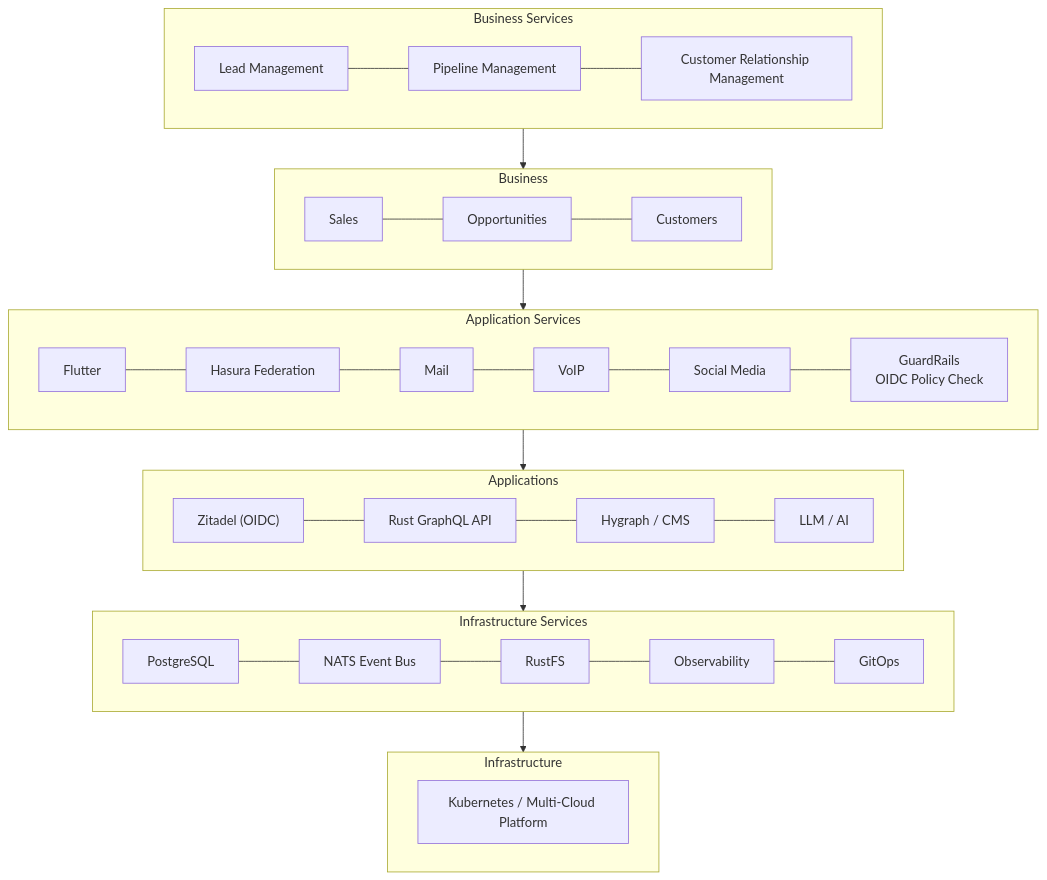
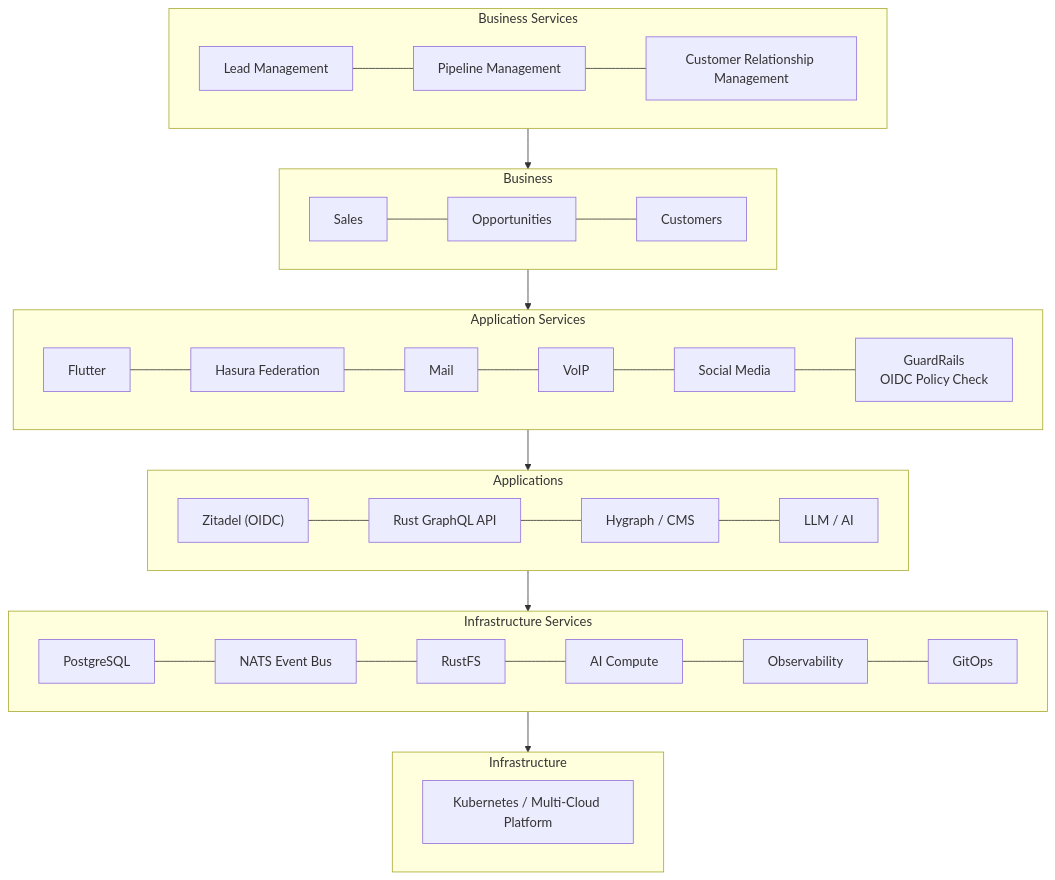
One commit to jhoninck/ShoestringCRM changed the diagram in docs/architecture/CRM-OperatingSystem.md. Above: the diagram before and after it, drawn with Mermaid.

````diff
--- a/docs/architecture/CRM-OperatingSystem.md
+++ b/docs/architecture/CRM-OperatingSystem.md
@@ -1,54 +1,54 @@
 ```mermaid
 flowchart TB
 
 %% =====================
 %% BUSINESS SERVICES (TOP)
 %% =====================
 subgraph BIZ_SVC["Business Services"]
   LEADS["Lead Management"] --- PIPE["Pipeline Management"] --- REL["Customer Relationship Management"]
 end
 
 %% =====================
 %% BUSINESS
 %% =====================
 subgraph BUSINESS["Business"]
   SALES["Sales"] --- OPP["Opportunities"] --- CUST["Customers"]
 end
 
 %% =====================
 %% APPLICATION SERVICES
 %% =====================
 subgraph APP_SVC["Application Services"]
   FL["Flutter"] --- HF["Hasura Federation"] --- MAIL["Mail"] --- VOIP["VoIP"] --- SOCIAL["Social Media"] --- GR["GuardRails<br/>OIDC Policy Check"]
 end
 
 %% =====================
 %% APPLICATIONS
 %% =====================
 subgraph APP["Applications"]
   Z["Zitadel (OIDC)"] --- G["Rust GraphQL API"] --- CMS["Hygraph / CMS"] --- LLM["LLM / AI"]
 end
 
 %% =====================
 %% INFRA SERVICES
 %% =====================
 subgraph INF_SVC["Infrastructure Services"]
-  PG["PostgreSQL"] --- NATS["NATS Event Bus"] --- RFS["RustFS"] --- OBS["Observability"] --- GITOPS["GitOps"]
+  PG["PostgreSQL"] --- NATS["NATS Event Bus"] --- RFS["RustFS"] --- AIC["AI Compute"] --- OBS["Observability"] --- GITOPS["GitOps"]
 end
 
 %% =====================
 %% INFRA
 %% =====================
 subgraph INF["Infrastructure"]
   K8S["Kubernetes / Multi-Cloud Platform"]
 end
 
 %% =====================
 %% LAYER STACKING ONLY
 %% =====================
 BIZ_SVC --> BUSINESS
 BUSINESS --> APP_SVC
 APP_SVC --> APP
 APP --> INF_SVC
 INF_SVC --> INF
 ```
````
